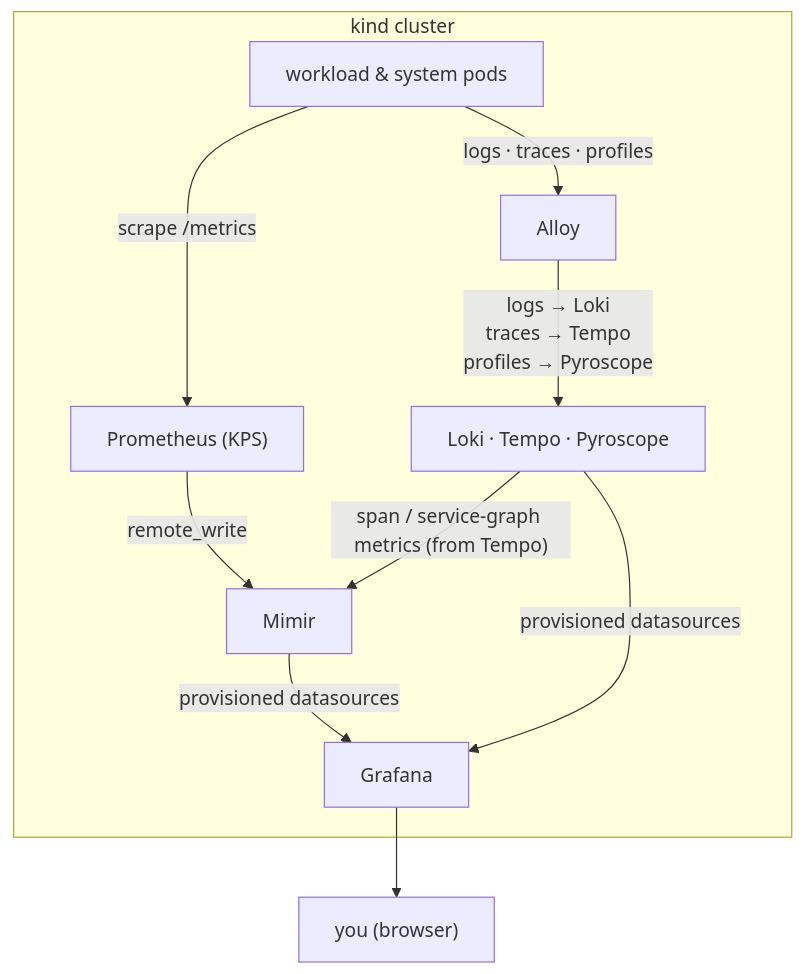
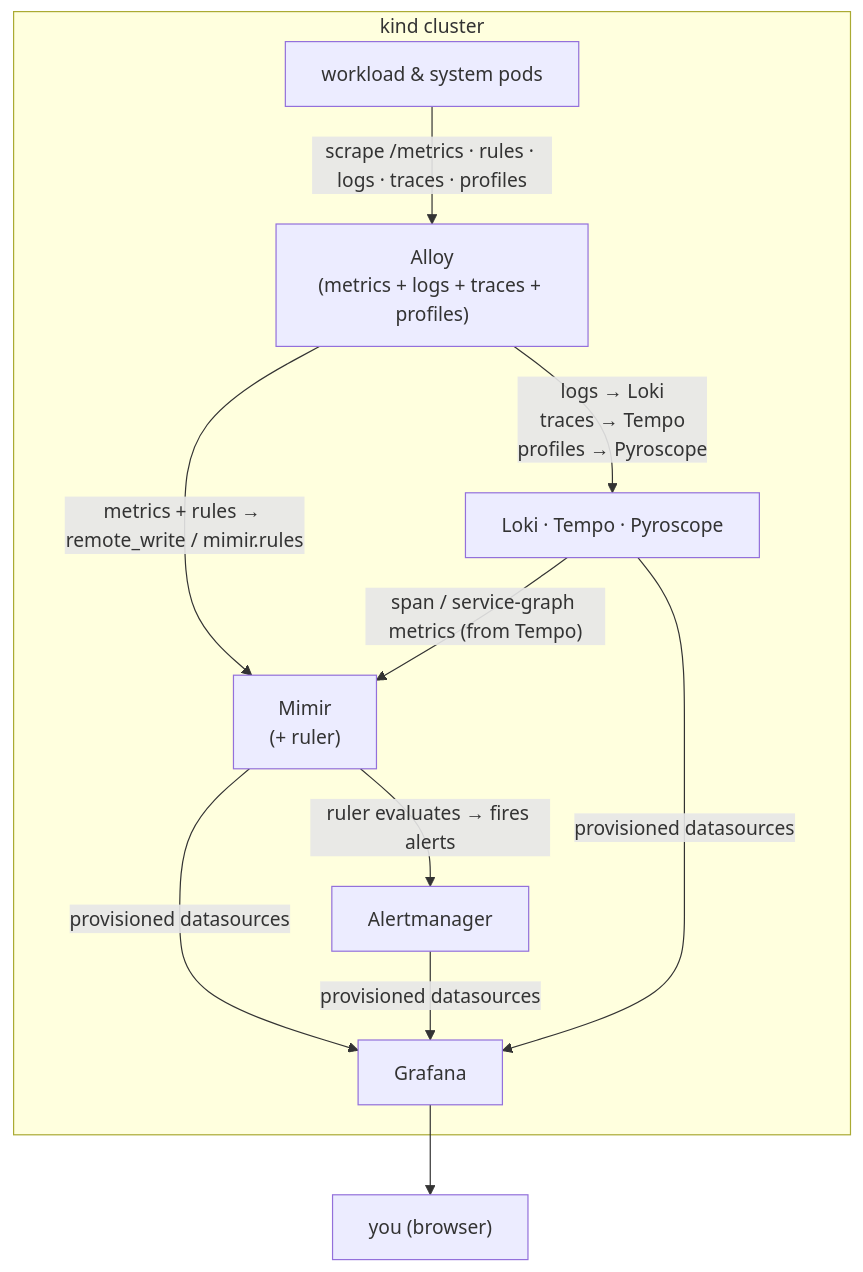
The diagram in README.md (Daniel-Vaz/ObsStack-Demo), drawn with Mermaid before and after one commit. The commit also changed other lines of this file and 16 other files, not shown here.

Commit message:
add metrics toggle bettwen prometheus and alloy

````diff
--- a/README.md
+++ b/README.md
@@ -24,21 +34,22 @@
 ```mermaid
 flowchart TB
     subgraph cluster["kind cluster"]
         pods["workload &amp; system pods"]
-        prom["Prometheus (KPS)"]
-        alloy["Alloy"]
-        mimir["Mimir"]
+        alloy["Alloy<br/>(metrics + logs + traces + profiles)"]
+        mimir["Mimir<br/>(+ ruler)"]
+        am["Alertmanager"]
         backends["Loki · Tempo · Pyroscope"]
         grafana["Grafana"]
 
-        pods -->|"scrape /metrics"| prom
-        pods -->|"logs · traces · profiles"| alloy
-        prom -->|remote_write| mimir
+        pods -->|"scrape /metrics · rules · logs · traces · profiles"| alloy
+        alloy -->|"metrics + rules → remote_write / mimir.rules"| mimir
         alloy -->|"logs → Loki<br/>traces → Tempo<br/>profiles → Pyroscope"| backends
+        mimir -->|"ruler evaluates → fires alerts"| am
         backends -->|"span / service-graph metrics (from Tempo)"| mimir
         mimir -->|provisioned datasources| grafana
+        am -->|provisioned datasources| grafana
         backends -->|provisioned datasources| grafana
     end
 
     grafana --> browser["you (browser)"]
 ```
````
